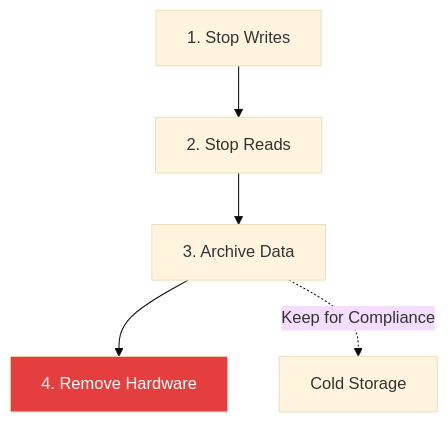
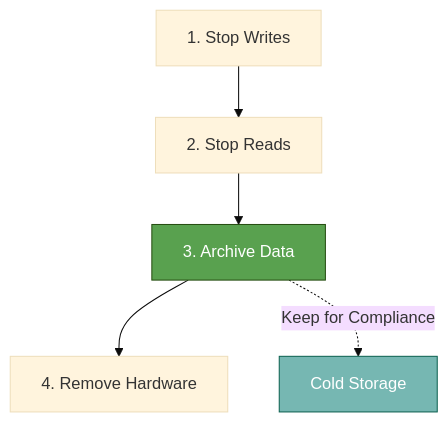
The sixth of 7 diagrams in src/app/[locale]/research/papers/a5-monolith-to-cloud-native-modernization/A5-PAPER-FULL.md (gchaitanyabharath9/omnigcloud), drawn with Mermaid (base theme) before and after one commit. The commit also changed other lines of this file and 40 other files, not shown here.

````diff
--- a/src/app/[locale]/research/papers/a5-monolith-to-cloud-native-modernization/A5-PAPER-FULL.md
+++ b/src/app/[locale]/research/papers/a5-monolith-to-cloud-native-modernization/A5-PAPER-FULL.md
@@ -588,10 +647,16 @@
 ```mermaid
 graph TD
-    Step1[1. Stop Writes] --> Step2[2. Stop Reads]
-    Step2 --> Step3[3. Archive Data]
-    Step3 --> Step4[4. Remove Hardware]
-    
-    Step3 -.->|Keep for Compliance| S3[Cold Storage]
-    
-    style Step4 fill:#e53e3e,color:white
+    classDef Control fill:#4E79A7,stroke:#2C3E50,color:#fff;
+    classDef Data fill:#59A14F,stroke:#274E13,color:#fff;
+    classDef Policy fill:#9C6ADE,stroke:#4B0082,color:#fff;
+    classDef Obs fill:#F28E2B,stroke:#8B4513,color:#fff;
+    classDef Risk fill:#E15759,stroke:#7B241C,color:#fff;
+    classDef State fill:#76B7B2,stroke:#0E6251,color:#fff;
+    classDef Actor fill:#BAB0AC,stroke:#515A5A,color:#000;
+    Step1["1. Stop Writes"] --> Step2["2. Stop Reads"]
+    Step2 --> Step3["3. Archive Data"]
+    Step3 --> Step4["4. Remove Hardware"]
+    Step3 -.->|Keep for Compliance| S3["Cold Storage"]
+    class Step3 Data;
+    class S3 State;
 ```
````
